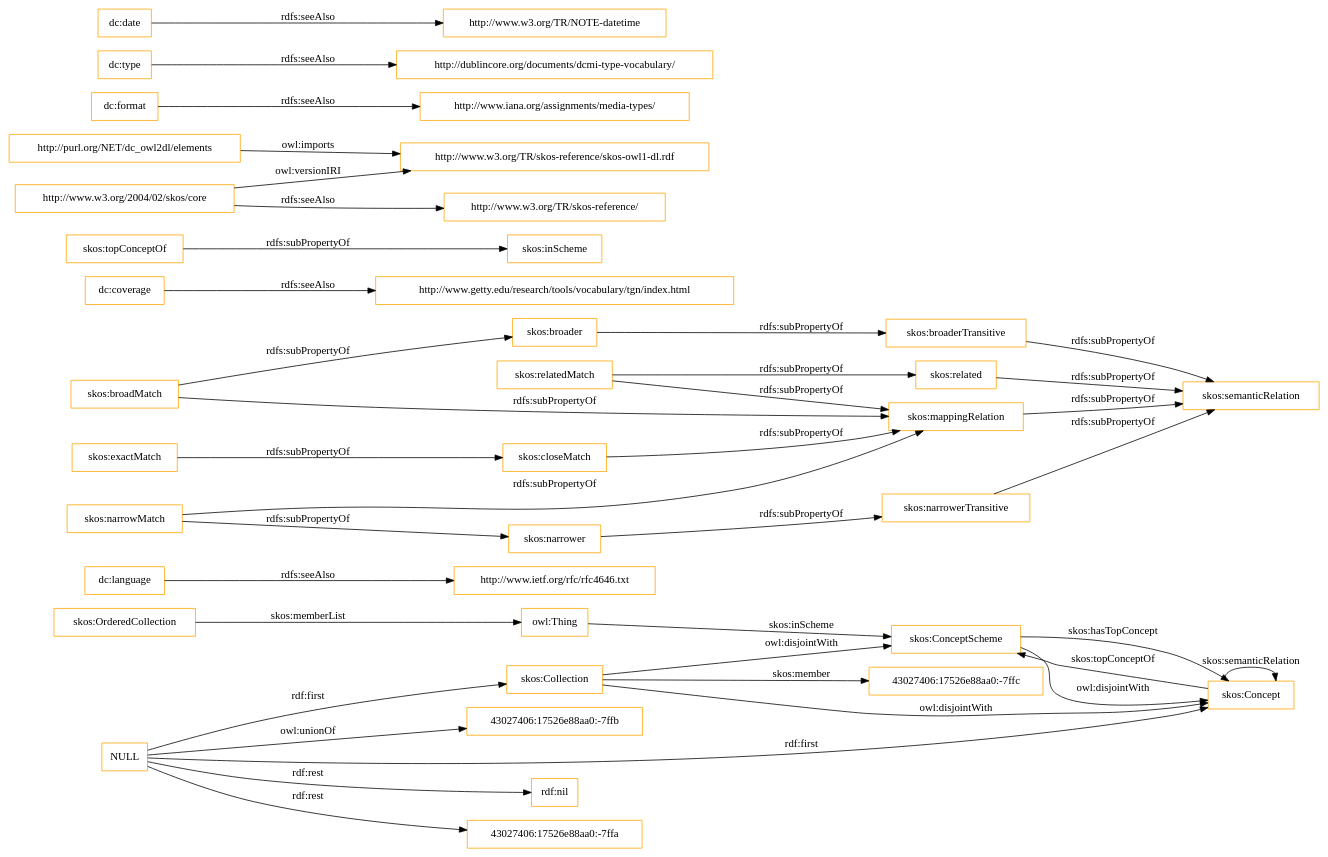
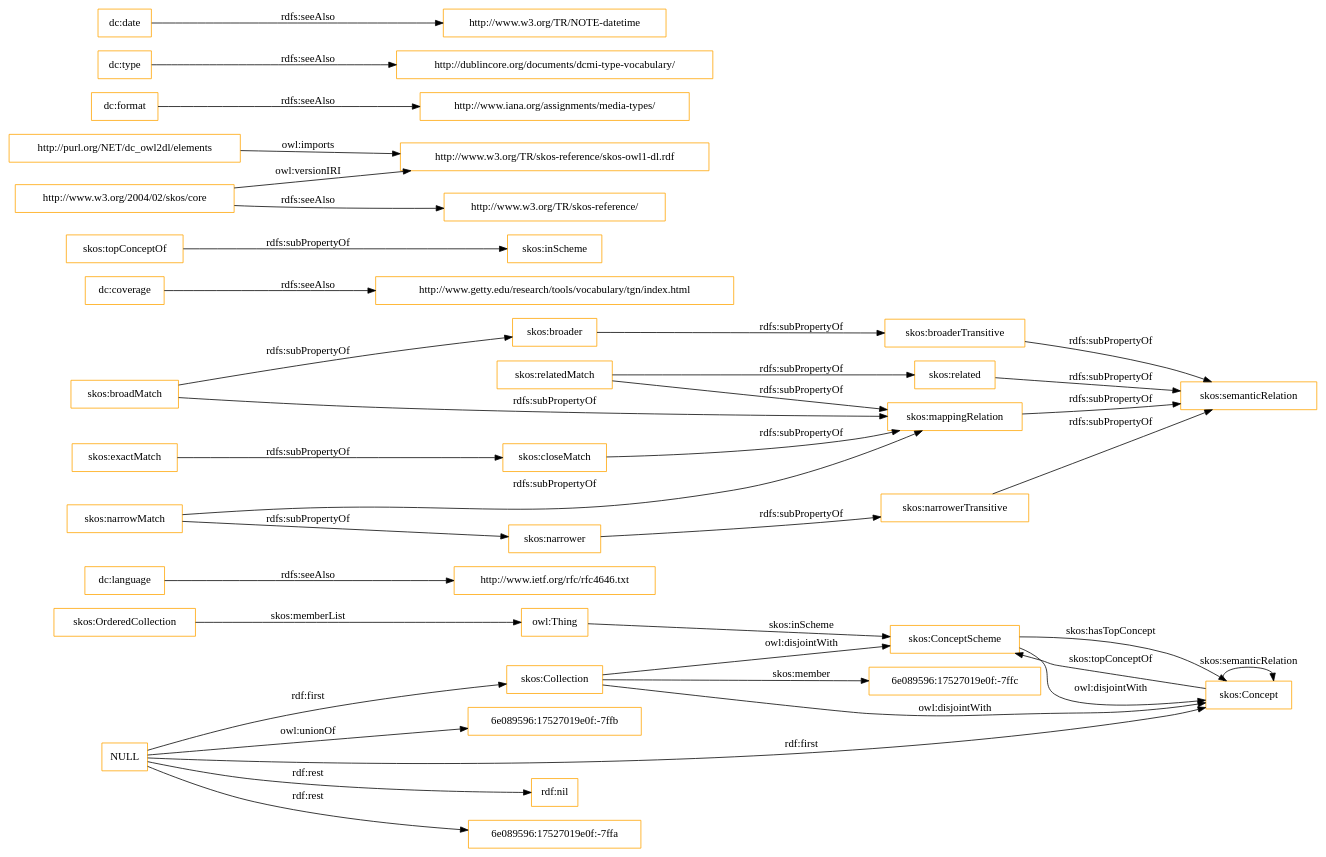
The diagram in OnToology/imports/elements.owl/diagrams/ar2dtool-class/elements.owl.png.dot (OnToologyUser/core-ontology-1), drawn with Graphviz before and after one commit. The commit also changed 14 other files, not shown here.

```diff
--- a/OnToology/imports/elements.owl/diagrams/ar2dtool-class/elements.owl.png.dot
+++ b/OnToology/imports/elements.owl/diagrams/ar2dtool-class/elements.owl.png.dot
@@ -1,43 +1,43 @@
 digraph ar2dtool_diagram { 
 rankdir=LR;
 size="1501"
-node [shape = rectangle, color="orange"]; "43027406:17526e88aa0:-7ffc" "skos:OrderedCollection" "skos:Collection" "skos:ConceptScheme" "skos:Concept" ; /*classes style*/
+node [shape = rectangle, color="orange"]; "6e089596:17527019e0f:-7ffc" "skos:OrderedCollection" "skos:Collection" "skos:ConceptScheme" "skos:Concept" ; /*classes style*/
 	"dc:language" -> "http://www.ietf.org/rfc/rfc4646.txt" [ label = "rdfs:seeAlso" ];
 	"NULL" -> "rdf:nil" [ label = "rdf:rest" ];
 	"NULL" -> "skos:Collection" [ label = "rdf:first" ];
-	"NULL" -> "43027406:17526e88aa0:-7ffa" [ label = "rdf:rest" ];
+	"NULL" -> "6e089596:17527019e0f:-7ffa" [ label = "rdf:rest" ];
 	"NULL" -> "skos:Concept" [ label = "rdf:first" ];
-	"NULL" -> "43027406:17526e88aa0:-7ffb" [ label = "owl:unionOf" ];
+	"NULL" -> "6e089596:17527019e0f:-7ffb" [ label = "owl:unionOf" ];
 	"skos:closeMatch" -> "skos:mappingRelation" [ label = "rdfs:subPropertyOf" ];
 	"dc:coverage" -> "http://www.getty.edu/research/tools/vocabulary/tgn/index.html" [ label = "rdfs:seeAlso" ];
 	"skos:relatedMatch" -> "skos:related" [ label = "rdfs:subPropertyOf" ];
 	"skos:relatedMatch" -> "skos:mappingRelation" [ label = "rdfs:subPropertyOf" ];
 	"skos:ConceptScheme" -> "skos:Concept" [ label = "owl:disjointWith" ];
 	"skos:related" -> "skos:semanticRelation" [ label = "rdfs:subPropertyOf" ];
 	"skos:topConceptOf" -> "skos:inScheme" [ label = "rdfs:subPropertyOf" ];
 	"skos:broadMatch" -> "skos:broader" [ label = "rdfs:subPropertyOf" ];
 	"skos:broadMatch" -> "skos:mappingRelation" [ label = "rdfs:subPropertyOf" ];
 	"http://purl.org/NET/dc_owl2dl/elements" -> "http://www.w3.org/TR/skos-reference/skos-owl1-dl.rdf" [ label = "owl:imports" ];
 	"skos:exactMatch" -> "skos:closeMatch" [ label = "rdfs:subPropertyOf" ];
 	"dc:format" -> "http://www.iana.org/assignments/media-types/" [ label = "rdfs:seeAlso" ];
 	"skos:broaderTransitive" -> "skos:semanticRelation" [ label = "rdfs:subPropertyOf" ];
 	"dc:type" -> "http://dublincore.org/documents/dcmi-type-vocabulary/" [ label = "rdfs:seeAlso" ];
 	"skos:broader" -> "skos:broaderTransitive" [ label = "rdfs:subPropertyOf" ];
 	"skos:mappingRelation" -> "skos:semanticRelation" [ label = "rdfs:subPropertyOf" ];
 	"http://www.w3.org/2004/02/skos/core" -> "http://www.w3.org/TR/skos-reference/skos-owl1-dl.rdf" [ label = "owl:versionIRI" ];
 	"http://www.w3.org/2004/02/skos/core" -> "http://www.w3.org/TR/skos-reference/" [ label = "rdfs:seeAlso" ];
 	"skos:Collection" -> "skos:ConceptScheme" [ label = "owl:disjointWith" ];
 	"skos:Collection" -> "skos:Concept" [ label = "owl:disjointWith" ];
 	"skos:narrowMatch" -> "skos:narrower" [ label = "rdfs:subPropertyOf" ];
 	"skos:narrowMatch" -> "skos:mappingRelation" [ label = "rdfs:subPropertyOf" ];
 	"skos:narrower" -> "skos:narrowerTransitive" [ label = "rdfs:subPropertyOf" ];
 	"dc:date" -> "http://www.w3.org/TR/NOTE-datetime" [ label = "rdfs:seeAlso" ];
 	"skos:narrowerTransitive" -> "skos:semanticRelation" [ label = "rdfs:subPropertyOf" ];
 	"skos:OrderedCollection" -> "owl:Thing" [ label = "skos:memberList" ];
 	"skos:Concept" -> "skos:ConceptScheme" [ label = "skos:topConceptOf" ];
 	"skos:Concept" -> "skos:Concept" [ label = "skos:semanticRelation" ];
-	"skos:Collection" -> "43027406:17526e88aa0:-7ffc" [ label = "skos:member" ];
+	"skos:Collection" -> "6e089596:17527019e0f:-7ffc" [ label = "skos:member" ];
 	"skos:ConceptScheme" -> "skos:Concept" [ label = "skos:hasTopConcept" ];
 	"owl:Thing" -> "skos:ConceptScheme" [ label = "skos:inScheme" ];
 
 }
```
